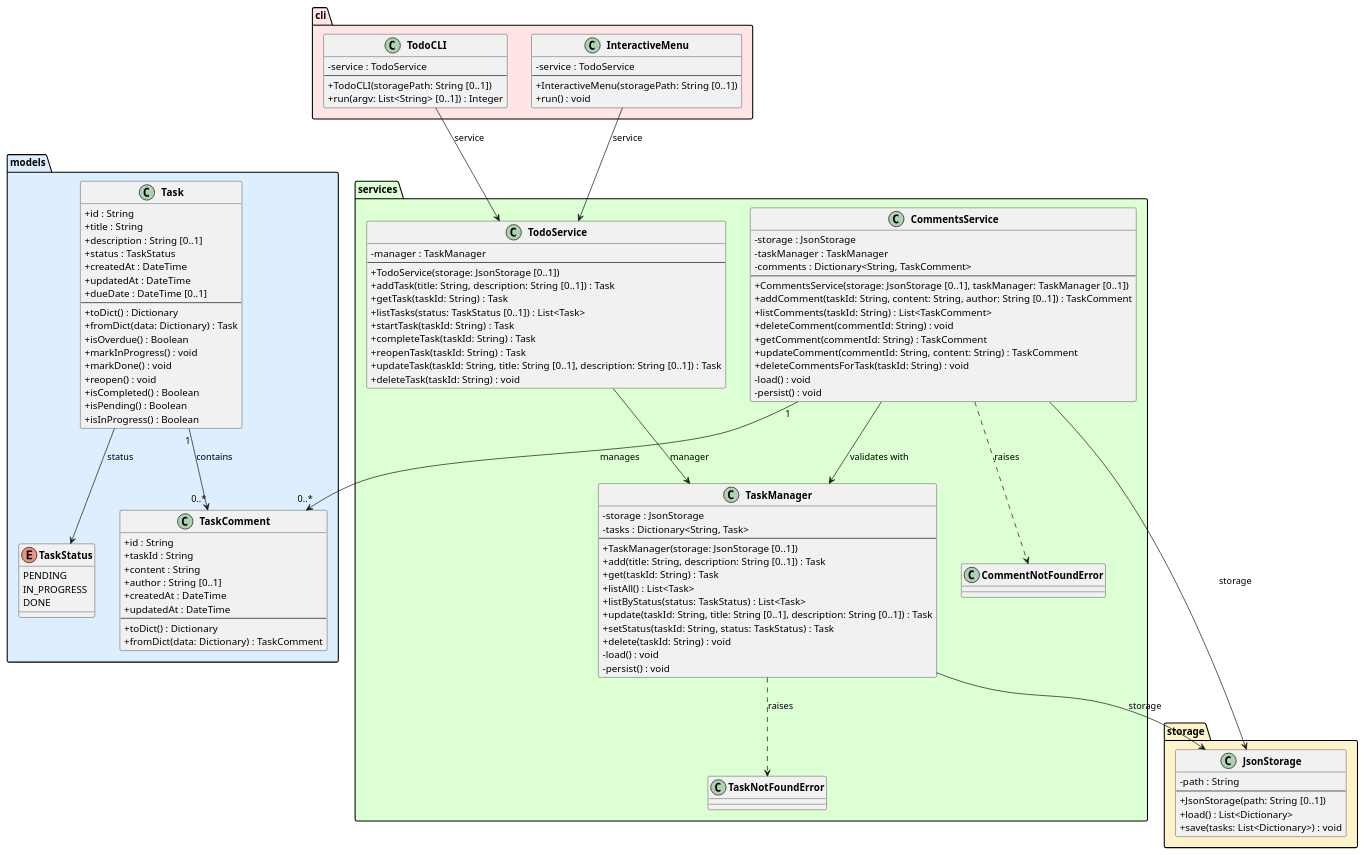
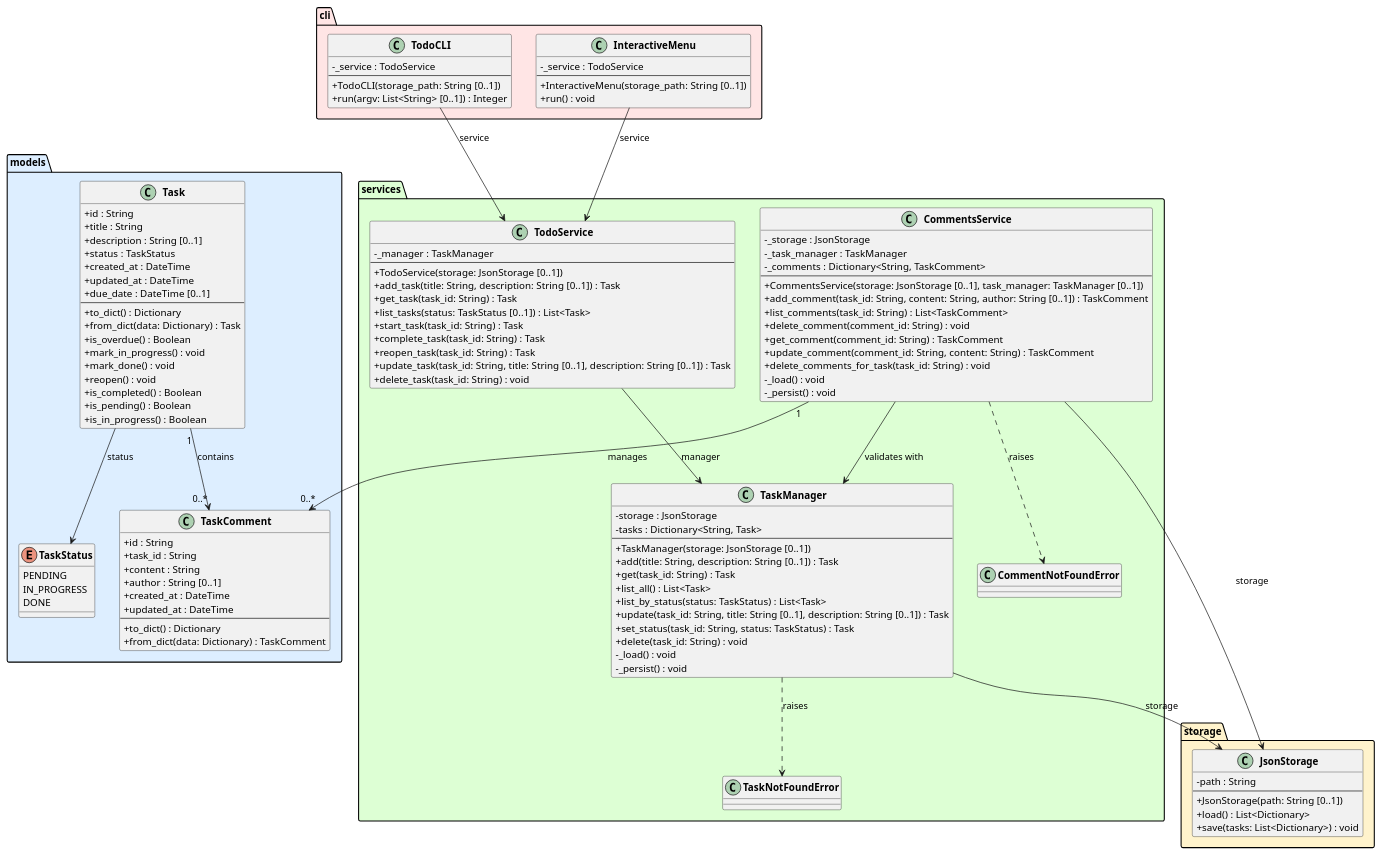
Before and after one commit to DanielRiha8906/Software_autoevolution_using_agents: the diagram in experiments/broadcast/structured_text/TODO/artifacts/class_diagram.puml, drawn with PlantUML.

Commit message:
Fix class diagram naming conventions to match Python implementation
Updated class_diagram.puml to use snake_case for all attributes and method names:
- Task: created_at, updated_at, due_date, to_dict, from_dict, is_overdue, etc.
- TaskComment: task_id, created_at, updated_at, to_dict, from_dict
- TaskManager: list_all, list_by_status, set_status, _load, _persist
- CommentsService: add_comment, list_comments, delete_comment, etc.
- TodoService: add_task, get_task, list_tasks, start_task, etc.
- TodoCLI, InteractiveMenu: storage_path and private attribute naming

All diagrams now accurately reflect the actual codebase implementation.

```diff
--- a/experiments/broadcast/structured_text/TODO/artifacts/class_diagram.puml
+++ b/experiments/broadcast/structured_text/TODO/artifacts/class_diagram.puml
@@ -1,138 +1,138 @@
 @startuml class_diagram
 
 skinparam classAttributeIconSize 0
 skinparam classFontStyle bold
 
 package "models" #DDEEFF {
     enum TaskStatus {
         PENDING
         IN_PROGRESS
         DONE
     }
 
     class Task {
         +id : String
         +title : String
         +description : String [0..1]
         +status : TaskStatus
-        +createdAt : DateTime
-        +updatedAt : DateTime
-        +dueDate : DateTime [0..1]
+        +created_at : DateTime
+        +updated_at : DateTime
+        +due_date : DateTime [0..1]
         --
-        +toDict() : Dictionary
-        +fromDict(data: Dictionary) : Task
-        +isOverdue() : Boolean
-        +markInProgress() : void
-        +markDone() : void
+        +to_dict() : Dictionary
+        +from_dict(data: Dictionary) : Task
+        +is_overdue() : Boolean
+        +mark_in_progress() : void
+        +mark_done() : void
         +reopen() : void
-        +isCompleted() : Boolean
-        +isPending() : Boolean
-        +isInProgress() : Boolean
+        +is_completed() : Boolean
+        +is_pending() : Boolean
+        +is_in_progress() : Boolean
     }
 
     class TaskComment {
         +id : String
-        +taskId : String
+        +task_id : String
         +content : String
         +author : String [0..1]
-        +createdAt : DateTime
-        +updatedAt : DateTime
+        +created_at : DateTime
+        +updated_at : DateTime
         --
-        +toDict() : Dictionary
-        +fromDict(data: Dictionary) : TaskComment
+        +to_dict() : Dictionary
+        +from_dict(data: Dictionary) : TaskComment
     }
 }
 
 package "storage" #FFF3CC {
     class JsonStorage {
         -path : String
         --
         +JsonStorage(path: String [0..1])
         +load() : List<Dictionary>
         +save(tasks: List<Dictionary>) : void
     }
 }
 
 package "services" #DDFFD4 {
     class TaskNotFoundError {
     }
 
     class CommentNotFoundError {
     }
 
     class TaskManager {
         -storage : JsonStorage
         -tasks : Dictionary<String, Task>
         --
         +TaskManager(storage: JsonStorage [0..1])
         +add(title: String, description: String [0..1]) : Task
-        +get(taskId: String) : Task
-        +listAll() : List<Task>
-        +listByStatus(status: TaskStatus) : List<Task>
-        +update(taskId: String, title: String [0..1], description: String [0..1]) : Task
-        +setStatus(taskId: String, status: TaskStatus) : Task
-        +delete(taskId: String) : void
-        -load() : void
-        -persist() : void
+        +get(task_id: String) : Task
+        +list_all() : List<Task>
+        +list_by_status(status: TaskStatus) : List<Task>
+        +update(task_id: String, title: String [0..1], description: String [0..1]) : Task
+        +set_status(task_id: String, status: TaskStatus) : Task
+        +delete(task_id: String) : void
+        -_load() : void
+        -_persist() : void
     }
 
     class CommentsService {
-        -storage : JsonStorage
-        -taskManager : TaskManager
-        -comments : Dictionary<String, TaskComment>
+        -_storage : JsonStorage
+        -_task_manager : TaskManager
+        -_comments : Dictionary<String, TaskComment>
         --
-        +CommentsService(storage: JsonStorage [0..1], taskManager: TaskManager [0..1])
-        +addComment(taskId: String, content: String, author: String [0..1]) : TaskComment
-        +listComments(taskId: String) : List<TaskComment>
-        +deleteComment(commentId: String) : void
-        +getComment(commentId: String) : TaskComment
-        +updateComment(commentId: String, content: String) : TaskComment
-        +deleteCommentsForTask(taskId: String) : void
-        -load() : void
-        -persist() : void
+        +CommentsService(storage: JsonStorage [0..1], task_manager: TaskManager [0..1])
+        +add_comment(task_id: String, content: String, author: String [0..1]) : TaskComment
+        +list_comments(task_id: String) : List<TaskComment>
+        +delete_comment(comment_id: String) : void
+        +get_comment(comment_id: String) : TaskComment
+        +update_comment(comment_id: String, content: String) : TaskComment
+        +delete_comments_for_task(task_id: String) : void
+        -_load() : void
+        -_persist() : void
     }
 
     class TodoService {
-        -manager : TaskManager
+        -_manager : TaskManager
         --
         +TodoService(storage: JsonStorage [0..1])
-        +addTask(title: String, description: String [0..1]) : Task
-        +getTask(taskId: String) : Task
-        +listTasks(status: TaskStatus [0..1]) : List<Task>
-        +startTask(taskId: String) : Task
-        +completeTask(taskId: String) : Task
-        +reopenTask(taskId: String) : Task
-        +updateTask(taskId: String, title: String [0..1], description: String [0..1]) : Task
-        +deleteTask(taskId: String) : void
+        +add_task(title: String, description: String [0..1]) : Task
+        +get_task(task_id: String) : Task
+        +list_tasks(status: TaskStatus [0..1]) : List<Task>
+        +start_task(task_id: String) : Task
+        +complete_task(task_id: String) : Task
+        +reopen_task(task_id: String) : Task
+        +update_task(task_id: String, title: String [0..1], description: String [0..1]) : Task
+        +delete_task(task_id: String) : void
     }
 }
 
 package "cli" #FFE5E5 {
     class TodoCLI {
-        -service : TodoService
+        -_service : TodoService
         --
-        +TodoCLI(storagePath: String [0..1])
+        +TodoCLI(storage_path: String [0..1])
         +run(argv: List<String> [0..1]) : Integer
     }
 
     class InteractiveMenu {
-        -service : TodoService
+        -_service : TodoService
         --
-        +InteractiveMenu(storagePath: String [0..1])
+        +InteractiveMenu(storage_path: String [0..1])
         +run() : void
     }
 }
 
 Task --> TaskStatus : status
 Task "1" --> "0..*" TaskComment : contains
 TaskManager --> JsonStorage : storage
 TaskManager ..> TaskNotFoundError : raises
 CommentsService --> JsonStorage : storage
 CommentsService --> TaskManager : validates with
 CommentsService ..> CommentNotFoundError : raises
 CommentsService "1" --> "0..*" TaskComment : manages
 TodoService --> TaskManager : manager
 TodoCLI --> TodoService : service
 InteractiveMenu --> TodoService : service
 
 @enduml
```
